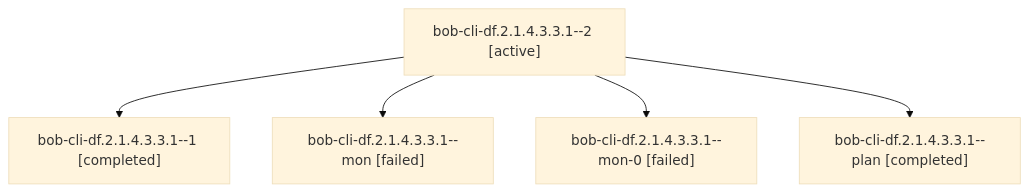
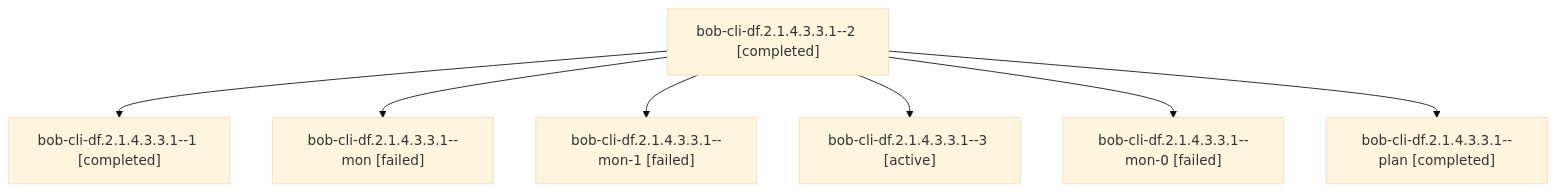
Before and after one commit to bobs-org/bob-cli--agents: the diagram in sessions/bbugyi200.athena.bob-cli-df.2.1.4.3.3.1.md, drawn with Mermaid (base theme). The commit also changed other lines of this file and 103 other files, not shown here.

````diff
--- a/sessions/bbugyi200.athena.bob-cli-df.2.1.4.3.3.1.md
+++ b/sessions/bbugyi200.athena.bob-cli-df.2.1.4.3.3.1.md
@@ -9,12 +9,16 @@
 ```mermaid
 flowchart TD
-  n0["bob-cli-df.2.1.4.3.3.1--2 [active]"]
+  n0["bob-cli-df.2.1.4.3.3.1--2 [completed]"]
   n1["bob-cli-df.2.1.4.3.3.1--1 [completed]"]
   n0 --> n1
   n2["bob-cli-df.2.1.4.3.3.1--mon [failed]"]
   n0 --> n2
-  n3["bob-cli-df.2.1.4.3.3.1--mon-0 [failed]"]
+  n3["bob-cli-df.2.1.4.3.3.1--mon-1 [failed]"]
   n0 --> n3
-  n4["bob-cli-df.2.1.4.3.3.1--plan [completed]"]
+  n4["bob-cli-df.2.1.4.3.3.1--3 [active]"]
   n0 --> n4
+  n5["bob-cli-df.2.1.4.3.3.1--mon-0 [failed]"]
+  n0 --> n5
+  n6["bob-cli-df.2.1.4.3.3.1--plan [completed]"]
+  n0 --> n6
 ```
````
